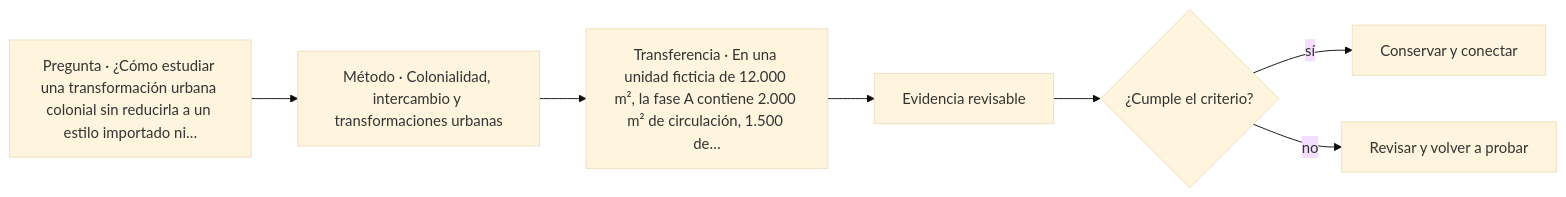
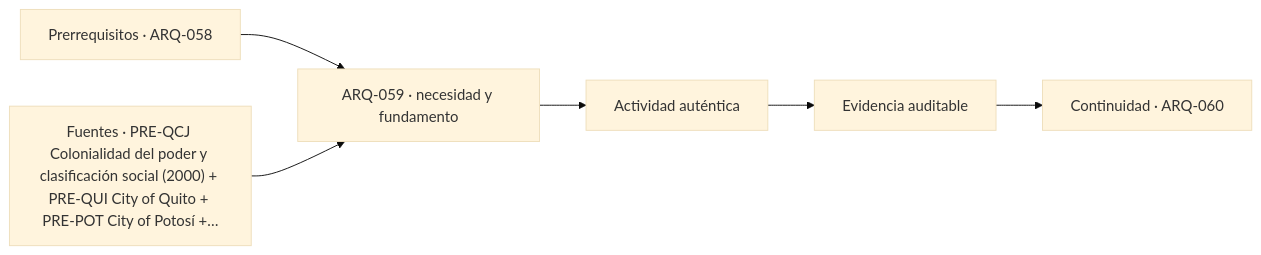
The diagram in classes/parte-06/ARQ-059.md (vladimiracunadev-create/architecture-built-environment-learning-program), drawn with Mermaid (base theme) before and after one commit. The commit also changed other lines of this file and 761 other files, not shown here.

````diff
--- a/classes/parte-06/ARQ-059.md
+++ b/classes/parte-06/ARQ-059.md
@@ -159,9 +171,8 @@
 ```mermaid
 flowchart LR
-    Q["Pregunta · ¿Cómo estudiar una transformación urbana colonial sin reducirla a un estilo importado ni…"] --> M["Método · Colonialidad, intercambio y transformaciones urbanas"]
-    M --> P["Transferencia · En una unidad ficticia de 12.000 m², la fase A contiene 2.000 m² de circulación, 1.500 de…"]
-    P --> E["Evidencia revisable"]
-    E --> C{"¿Cumple el criterio?"}
-    C -->|sí| T["Conservar y conectar"]
-    C -->|no| R["Revisar y volver a probar"]
+    A["Prerrequisitos · ARQ-058"] --> B["ARQ-059 · necesidad y fundamento"]
+    S["Fuentes · PRE-QCJ Colonialidad del poder y clasificación social (2000) + PRE-QUI City of Quito + PRE-POT City of Potosí +…"] --> B
+    B --> C["Actividad auténtica"]
+    C --> D["Evidencia auditable"]
+    D --> E["Continuidad · ARQ-060"]
 ```
````
